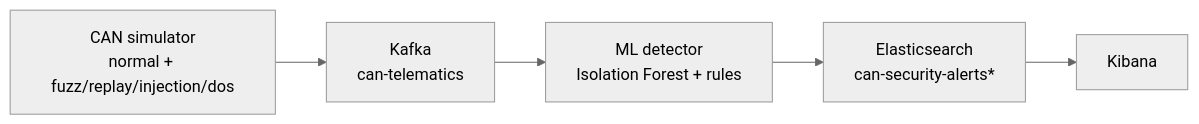
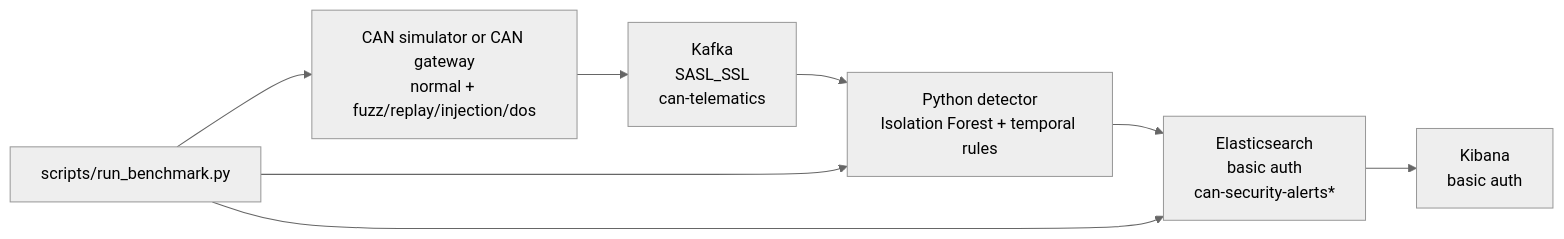
Before and after one commit to Devsachin2003/CAV-Security-Pipeline-Real-Time-CAN-Bus-Attack-Detection: the diagram in README.md, drawn with Mermaid (neutral theme). The commit also changed other lines of this file and 13 other files, not shown here.

````diff
--- a/README.md
+++ b/README.md
@@ -7,7 +7,10 @@
 ```mermaid
 flowchart LR
-    SIM["CAN simulator\nnormal + fuzz/replay/injection/dos"] --> KAFKA["Kafka\ncan-telematics"]
-    KAFKA --> DET["ML detector\nIsolation Forest + rules"]
-    DET --> ES["Elasticsearch\ncan-security-alerts*"]
-    ES --> KB["Kibana"]
+    SIM["CAN simulator or CAN gateway\nnormal + fuzz/replay/injection/dos"] --> KAFKA["Kafka\nSASL_SSL\ncan-telematics"]
+    KAFKA --> DET["Python detector\nIsolation Forest + temporal rules"]
+    DET --> ES["Elasticsearch\nbasic auth\ncan-security-alerts*"]
+    ES --> KB["Kibana\nbasic auth"]
+    BENCH["scripts/run_benchmark.py"] --> SIM
+    BENCH --> DET
+    BENCH --> ES
 ```
````
